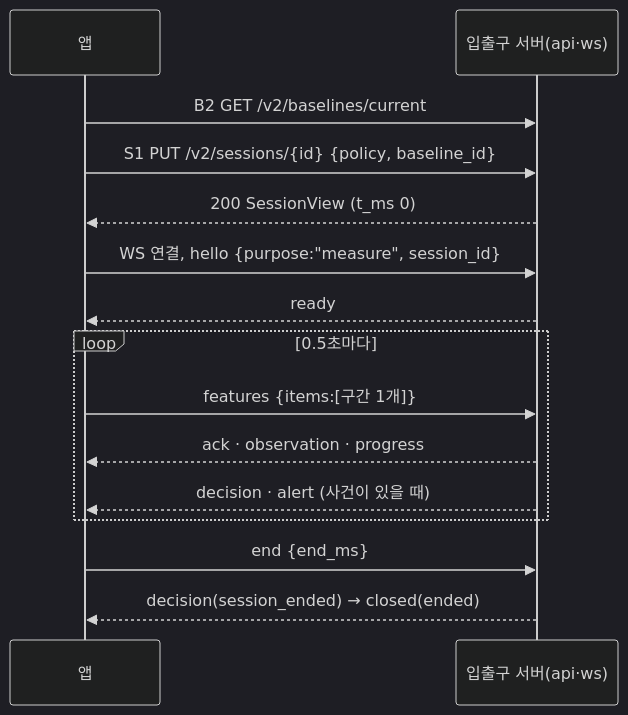
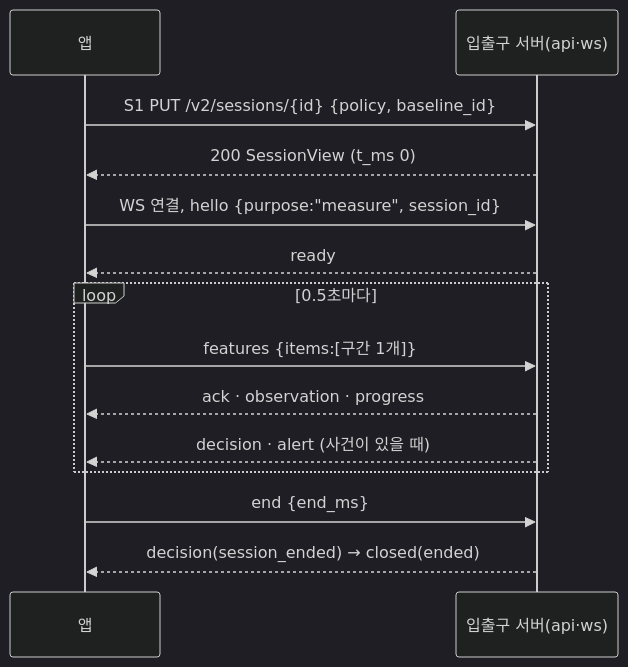
One commit to Jeon-Seho/sitting-posture-corrector changed the diagram in docs/design/api-ws-spec.md. Above: the diagram before and after it, drawn with Mermaid (dark theme). The commit also changed other lines of this file and 25 other files, not shown here.

````diff
--- a/docs/design/api-ws-spec.md
+++ b/docs/design/api-ws-spec.md
@@ -373,17 +214,16 @@
 ```mermaid
 sequenceDiagram
   participant A as 앱
   participant S as 입출구 서버(api·ws)
-  A->>S: B2 GET /v2/baselines/current
   A->>S: S1 PUT /v2/sessions/{id} {policy, baseline_id}
   S-->>A: 200 SessionView (t_ms 0)
   A->>S: WS 연결, hello {purpose:"measure", session_id}
   S-->>A: ready
   loop 0.5초마다
     A->>S: features {items:[구간 1개]}
     S-->>A: ack · observation · progress
     S-->>A: decision · alert (사건이 있을 때)
   end
   A->>S: end {end_ms}
   S-->>A: decision(session_ended) → closed(ended)
 ```
````
